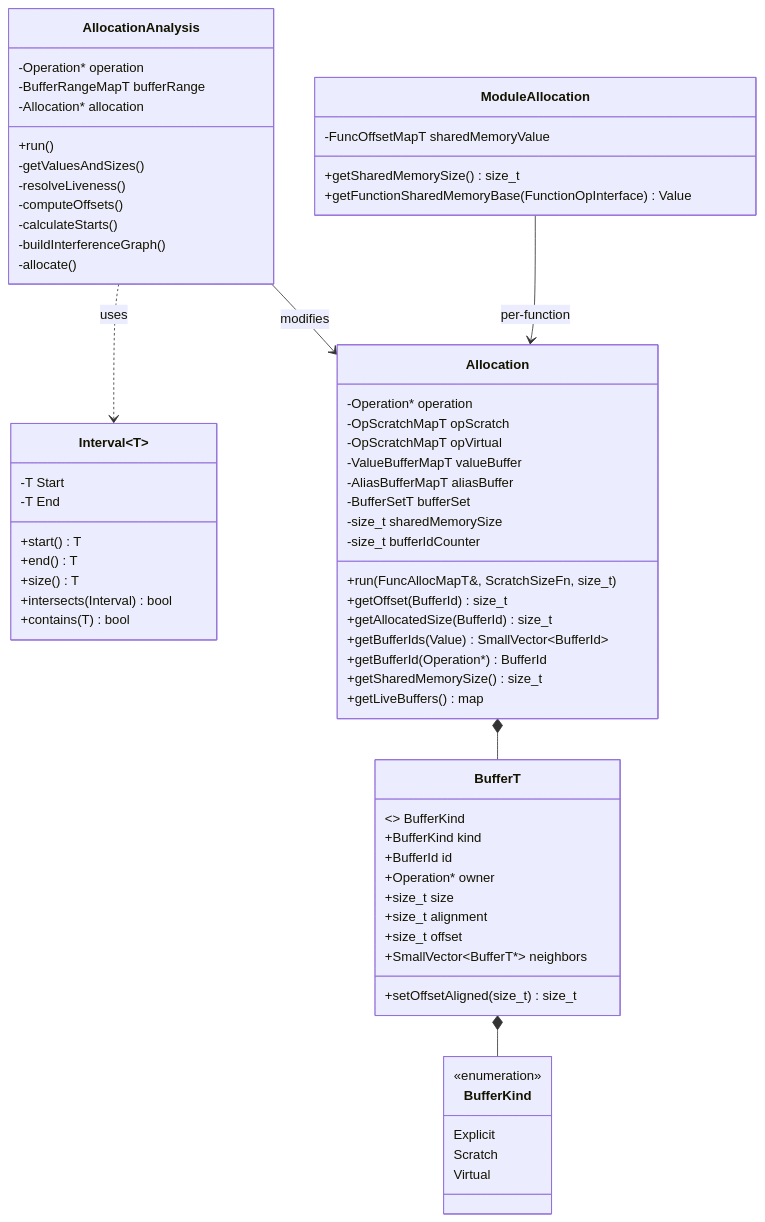
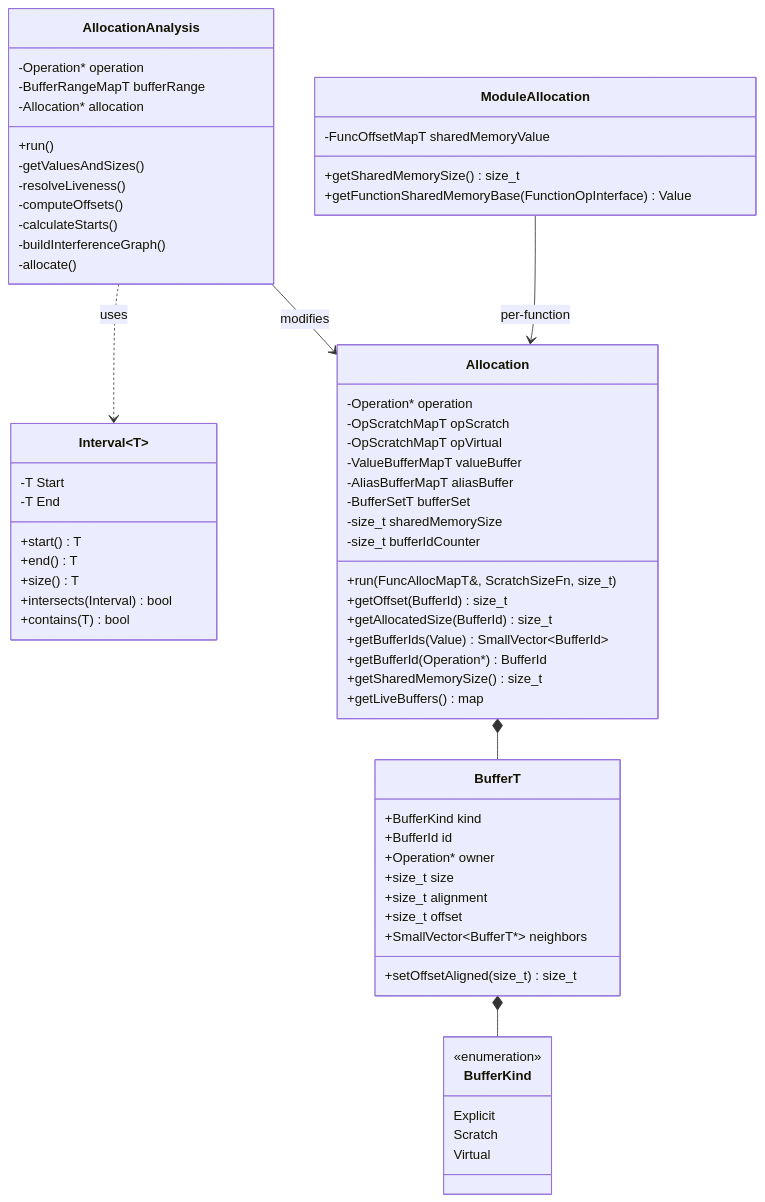
The second of 4 diagrams in Triton Introduction/triton_compiler_view_tutorial/ch11_register_allocation.md (Allen-C-Guan/Pytorch-Inductor-Tutorial), drawn with Mermaid before and after one commit. The commit also changed other lines of this file and 4 other files, not shown here.

Commit message:
fix graph bug

````diff
--- a/Triton Introduction/triton_compiler_view_tutorial/ch11_register_allocation.md
+++ b/Triton Introduction/triton_compiler_view_tutorial/ch11_register_allocation.md
@@ -193,74 +193,73 @@
 ```mermaid
 classDiagram
     class Interval~T~ {
         -T Start
         -T End
         +start() T
         +end() T
         +size() T
         +intersects(Interval) bool
         +contains(T) bool
     }
 
     class BufferT {
-        <<enumeration>> BufferKind
         +BufferKind kind
         +BufferId id
         +Operation* owner
         +size_t size
         +size_t alignment
         +size_t offset
         +SmallVector~BufferT*~ neighbors
         +setOffsetAligned(size_t) size_t
     }
 
     class BufferKind {
         <<enumeration>>
         Explicit
         Scratch
         Virtual
     }
 
     class Allocation {
         -Operation* operation
         -OpScratchMapT opScratch
         -OpScratchMapT opVirtual
         -ValueBufferMapT valueBuffer
         -AliasBufferMapT aliasBuffer
         -BufferSetT bufferSet
         -size_t sharedMemorySize
         -size_t bufferIdCounter
         +run(FuncAllocMapT&, ScratchSizeFn, size_t)
         +getOffset(BufferId) size_t
         +getAllocatedSize(BufferId) size_t
         +getBufferIds(Value) SmallVector~BufferId~
         +getBufferId(Operation*) BufferId
         +getSharedMemorySize() size_t
         +getLiveBuffers() map
     }
 
     class ModuleAllocation {
         -FuncOffsetMapT sharedMemoryValue
         +getSharedMemorySize() size_t
         +getFunctionSharedMemoryBase(FunctionOpInterface) Value
     }
 
     class AllocationAnalysis {
         -Operation* operation
         -BufferRangeMapT bufferRange
         -Allocation* allocation
         +run()
         -getValuesAndSizes()
         -resolveLiveness()
         -computeOffsets()
         -calculateStarts()
         -buildInterferenceGraph()
         -allocate()
     }
 
     BufferT *-- BufferKind
     Allocation *-- BufferT
     AllocationAnalysis --> Allocation : modifies
     ModuleAllocation --> Allocation : per-function
     AllocationAnalysis ..> Interval : uses
 ```
````
